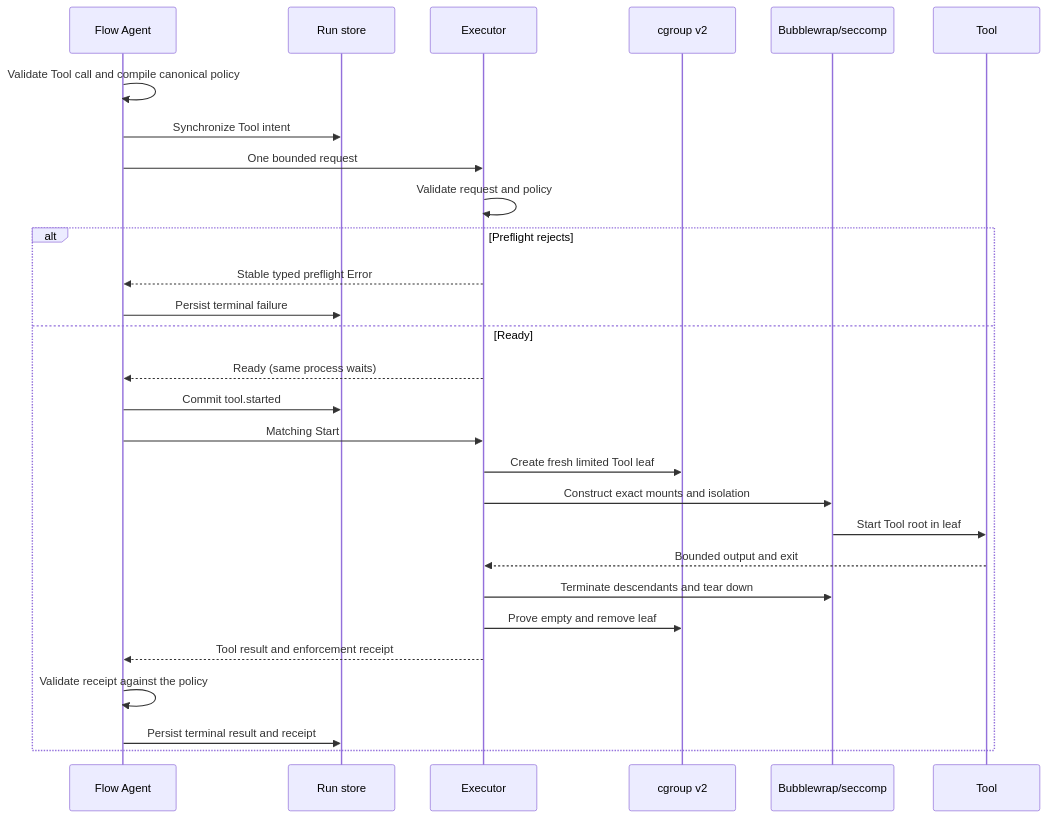
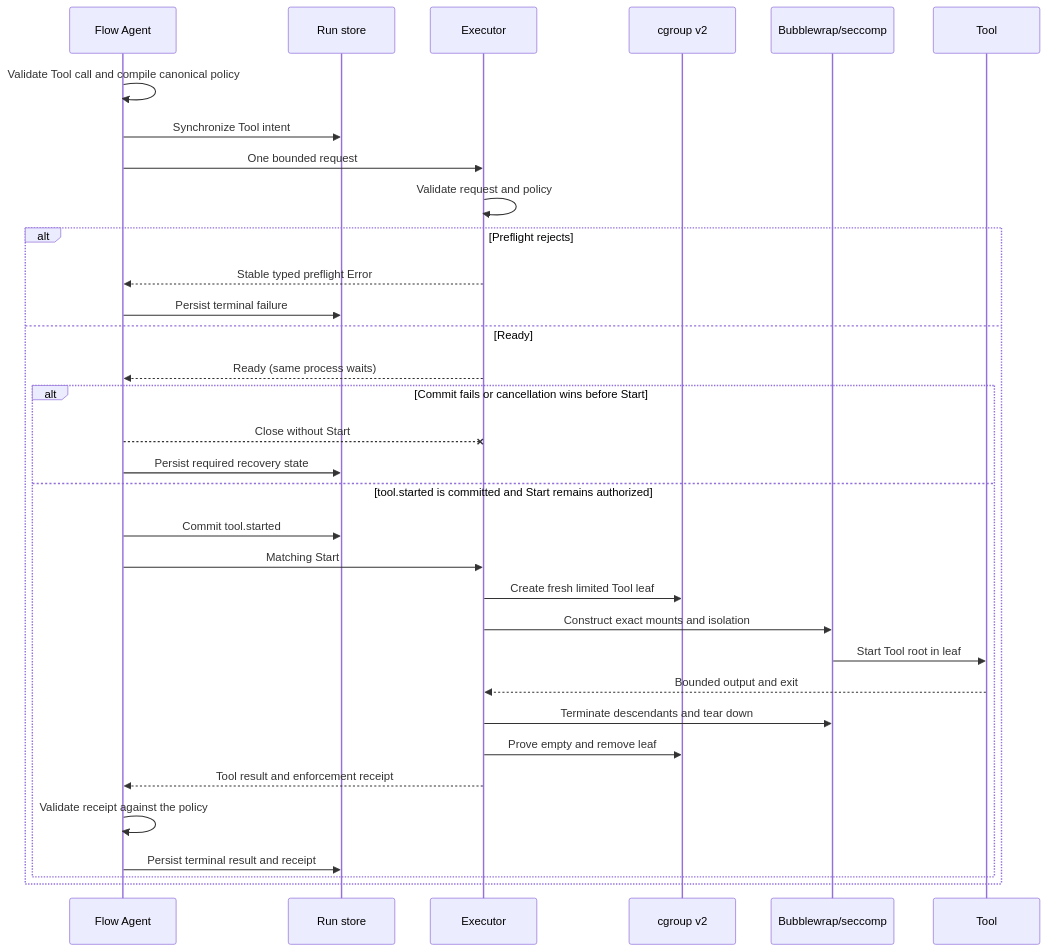
The third of 3 diagrams in docs/concept/flow-agent-executor-architecture.md (Open-Equilibrium/watershed), drawn with Mermaid before and after one commit. The commit also changed other lines of this file and 2 other files, not shown here.

Commit message:
docs: clarify executor lifecycle windows

````diff
--- a/docs/concept/flow-agent-executor-architecture.md
+++ b/docs/concept/flow-agent-executor-architecture.md
@@ -65,30 +65,35 @@
 ```mermaid
 sequenceDiagram
   participant F as Flow Agent
   participant S as Run store
   participant E as Executor
   participant C as cgroup v2
   participant B as Bubblewrap/seccomp
   participant T as Tool
   F->>F: Validate Tool call and compile canonical policy
   F->>S: Synchronize Tool intent
   F->>E: One bounded request
   E->>E: Validate request and policy
   alt Preflight rejects
     E-->>F: Stable typed preflight Error
     F->>S: Persist terminal failure
   else Ready
     E-->>F: Ready (same process waits)
-    F->>S: Commit tool.started
-    F->>E: Matching Start
-    E->>C: Create fresh limited Tool leaf
-    E->>B: Construct exact mounts and isolation
-    B->>T: Start Tool root in leaf
-    T-->>E: Bounded output and exit
-    E->>B: Terminate descendants and tear down
-    E->>C: Prove empty and remove leaf
-    E-->>F: Tool result and enforcement receipt
-    F->>F: Validate receipt against the policy
-    F->>S: Persist terminal result and receipt
+    alt Commit fails or cancellation wins before Start
+      F--xE: Close without Start
+      F->>S: Persist required recovery state
+    else tool.started is committed and Start remains authorized
+      F->>S: Commit tool.started
+      F->>E: Matching Start
+      E->>C: Create fresh limited Tool leaf
+      E->>B: Construct exact mounts and isolation
+      B->>T: Start Tool root in leaf
+      T-->>E: Bounded output and exit
+      E->>B: Terminate descendants and tear down
+      E->>C: Prove empty and remove leaf
+      E-->>F: Tool result and enforcement receipt
+      F->>F: Validate receipt against the policy
+      F->>S: Persist terminal result and receipt
+    end
   end
 ```
````
